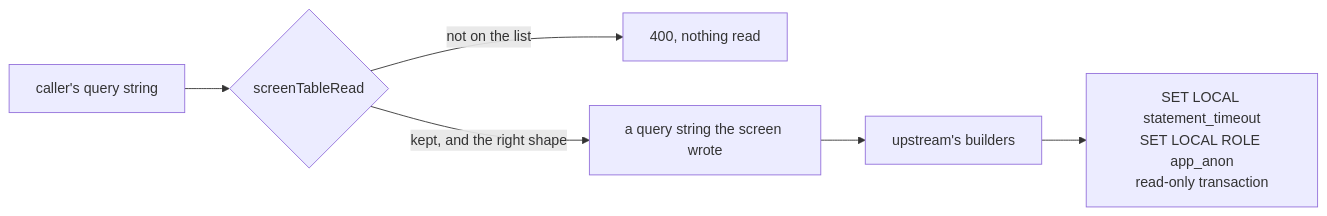
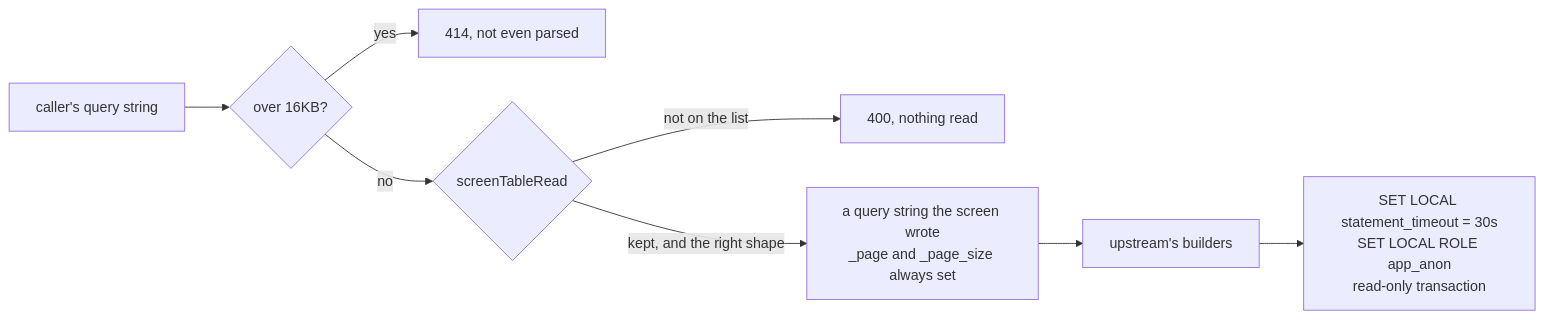
One commit to brickstechnology/prest changed the diagram in docs/miniship/query-string.md. Above: the diagram before and after it, drawn with Mermaid. The commit also changed other lines of this file and 10 other files, not shown here.

````diff
--- a/docs/miniship/query-string.md
+++ b/docs/miniship/query-string.md
@@ -48,8 +50,10 @@
 ```mermaid
 flowchart LR
-  C["caller's query string"] --> S{"screenTableRead"}
-  S -->|"not on the list"| R["400, nothing read"]
-  S -->|"kept, and the right shape"| Q["a query string the screen wrote"]
+  C["caller's query string"] --> L{"over 16KB?"}
+  L -->|"yes"| E414["414, not even parsed"]
+  L -->|"no"| S{"screenTableRead"}
+  S -->|"not on the list"| E400["400, nothing read"]
+  S -->|"kept, and the right shape"| Q["a query string the screen wrote<br/>_page and _page_size always set"]
   Q --> B["upstream's builders"]
-  B --> T["SET LOCAL statement_timeout<br/>SET LOCAL ROLE app_anon<br/>read-only transaction"]
+  B --> T["SET LOCAL statement_timeout = 30s<br/>SET LOCAL ROLE app_anon<br/>read-only transaction"]
 ```
````
